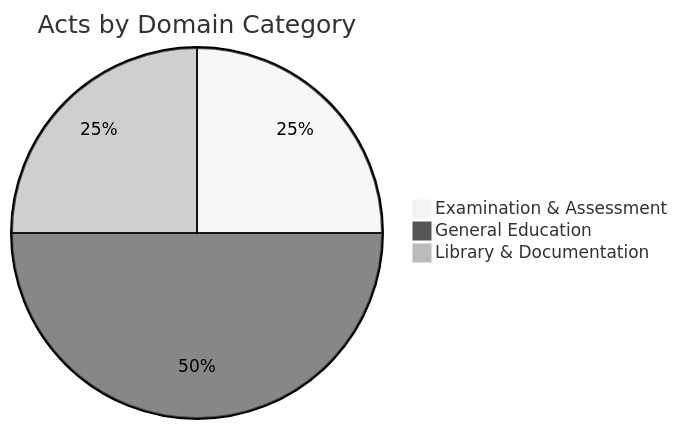
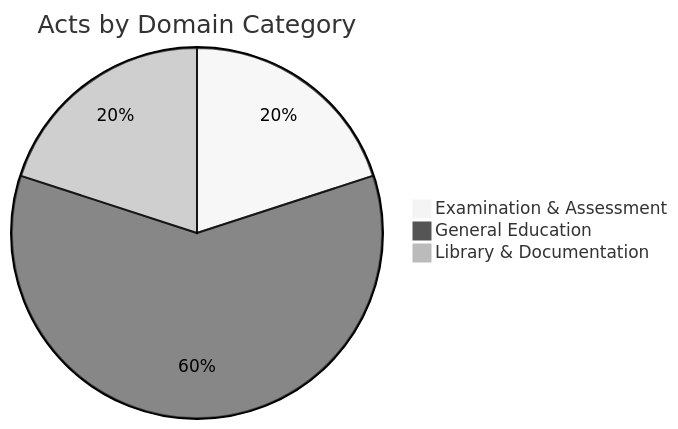
Before and after one commit to LDFLK/research: the diagram in docs/docs/ministry-deep-dive/education/education-ministry.mdx, drawn with Mermaid (neutral theme). The commit also changed other lines of this file and 8 other files, not shown here.

````diff
--- a/docs/docs/ministry-deep-dive/education/education-ministry.mdx
+++ b/docs/docs/ministry-deep-dive/education/education-ministry.mdx
@@ -19,6 +19,6 @@
 ```mermaid
 pie title Acts by Domain Category
     "Examination & Assessment" : 1
-    "General Education" : 2
+    "General Education" : 3
     "Library & Documentation" : 1
 ```
````
